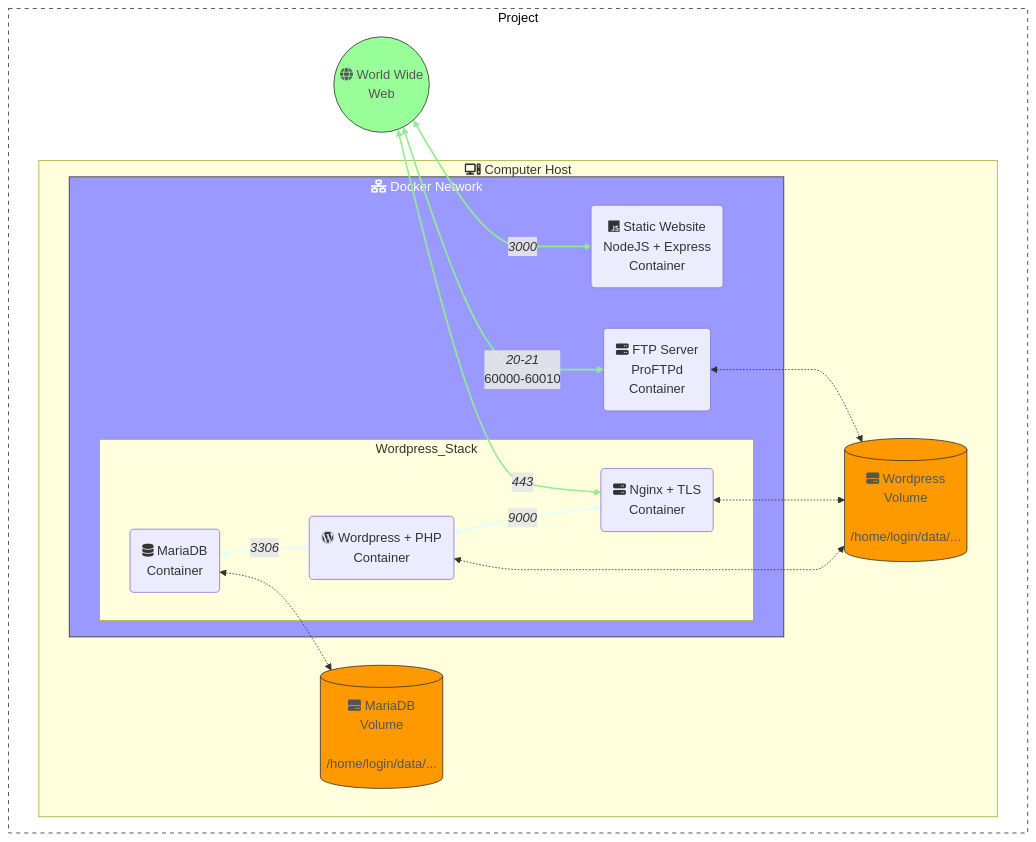
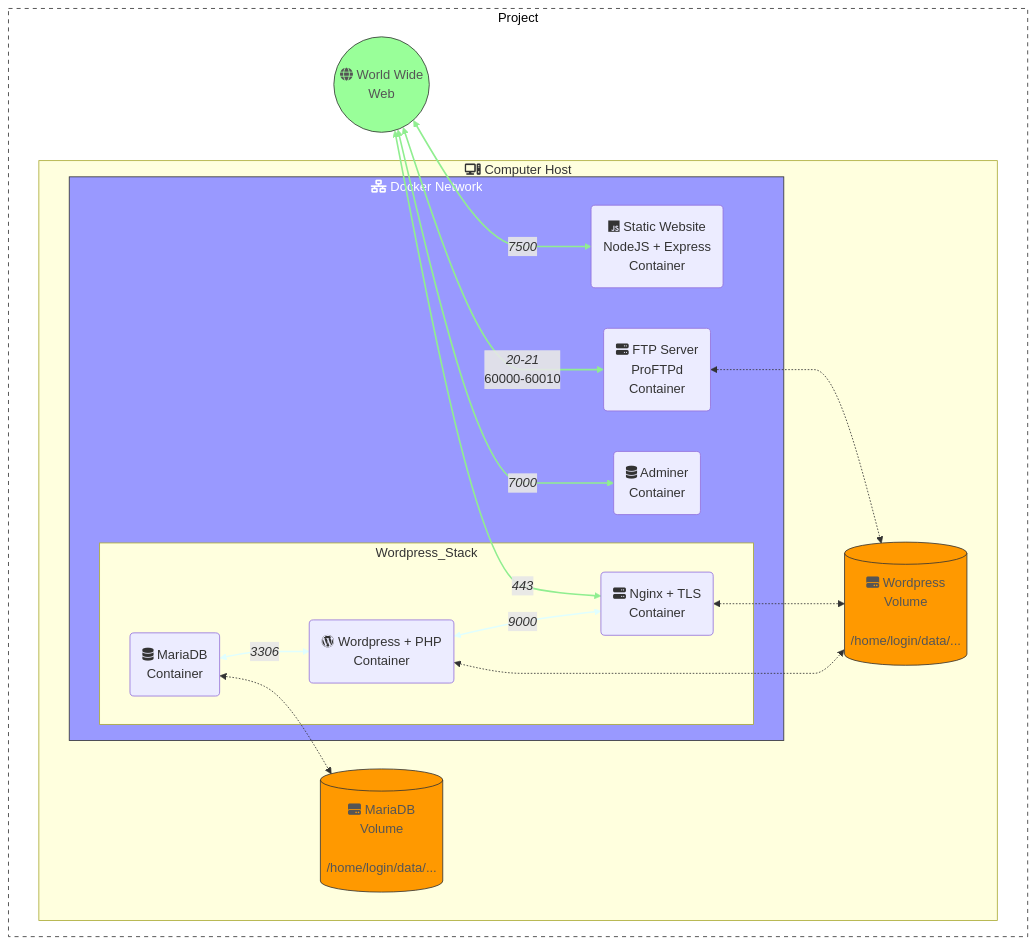
Before and after one commit to Tablerase/42_Projects: the fourth of 4 diagrams in Projects/Inception/README.md, drawn with Mermaid. The commit also changed other lines of this file, not shown here.

Commit message:
docs: add info about new architecture

````diff
--- a/Projects/Inception/README.md
+++ b/Projects/Inception/README.md
@@ -238,56 +238,58 @@
 ```mermaid
 %%{ init: { 'flowchart': { 'curve': 'monotoneX' } } }%%
-graph TD
+graph
   direction TB
   classDef black fill:#000,stroke:#333,stroke-width:1px;
   classDef white fill:#fff,color:#555,stroke:#333,stroke-width:1px;
   classDef white_border fill:#fff,color:#000,stroke:#333,stroke-width:1px, stroke-dasharray: 5, 5;
   classDef green fill:#0f0,color:#555,stroke:#333,stroke-width:1px;
   classDef lightblue fill:#99f,color:#fff,stroke:#333,stroke-width:1px;
   classDef lightgreen fill:#9f9,color:#555,stroke:#333,stroke-width:1px;
   classDef lightred fill:#f99,color:#555,stroke:#333,stroke-width:1px;
   classDef lightyellow fill:#ff9,color:#555,stroke:#333,stroke-width:1px;
   classDef lightorange fill:#f90,color:#555,stroke:#333,stroke-width:1px;
   classDef lightpurple fill:#f0f,color:#555,stroke:#333,stroke-width:1px;
   classDef lightcyan fill:#9ff,color:#555,stroke:#333,stroke-width:1px;
   classDef lightpink fill:#f9f,color:#555,stroke:#333,stroke-width:1px;
   classDef lightbrown fill:#963,color:#555,stroke:#333,stroke-width:1px;
   classDef lightgrey fill:#999,color:#555,stroke:#333,stroke-width:1px;
   classDef lightblack fill:#000,stroke:#333,stroke-width:1px;
   classDef lightwhite fill:#fff,color:#555,stroke:#333,stroke-width:1px;
 
   Project:::white_border
   subgraph Project
     direction LR
     WorldWideWeb <-->|"`*443*`"| Nginx
     WorldWideWeb((fa:fa-globe World Wide\nWeb)):::lightgreen
-    WorldWideWeb <-->|"`*3000*`"| Static_Website
+    WorldWideWeb <-->|"`*7500*`"| Static_Website
     WorldWideWeb <-->|"`*20-21*
     60000-60010`"| FTP_Server
+    WorldWideWeb <-->|"`*7000*`"| Adminer
 
     subgraph Computer_Host["fas:fa-computer Computer Host"]
       Docker_Network:::lightblue
 
       subgraph Docker_Network["fas:fa-network-wired Docker Network"]
         subgraph Wordpress_Stack
           MariaDB("fa:fa-database MariaDB\nContainer")
           Wordpress("fab:fa-wordpress Wordpress + PHP\nContainer")
           Nginx("fa:fa-server Nginx + TLS\nContainer")
           MariaDB <-->|"`*3306*`"| Wordpress <-->|"`*9000*`"| Nginx
         end
         Static_Website("fab:fa-js Static Website\nNodeJS + Express\nContainer")
         FTP_Server("fa:fa-server FTP Server\nProFTPd\nContainer")
+        Adminer("fa:fa-database Adminer\nContainer")
       end
 
     Volume_MariaDB[("fas:fa-hdd MariaDB\nVolume\n\n/home/login/data/...")]:::lightorange
     Volume_Wordpress[("fas:fa-hdd Wordpress\nVolume\n\n/home/login/data/...")]:::lightorange
     MariaDB <-.-> Volume_MariaDB
     Wordpress <-.-> Volume_Wordpress
     Nginx <-.-> Volume_Wordpress
     FTP_Server <-.-> Volume_Wordpress
     end
   end
 
-  linkStyle 0,1,2 stroke:lightgreen,stroke-width:2px;
-  linkStyle 3,4 stroke:lightcyan,stroke-width:2px;
+  linkStyle 0,1,2,3 stroke:lightgreen,stroke-width:2px;
+  linkStyle 4,5 stroke:lightcyan,stroke-width:2px;
 ```
````
